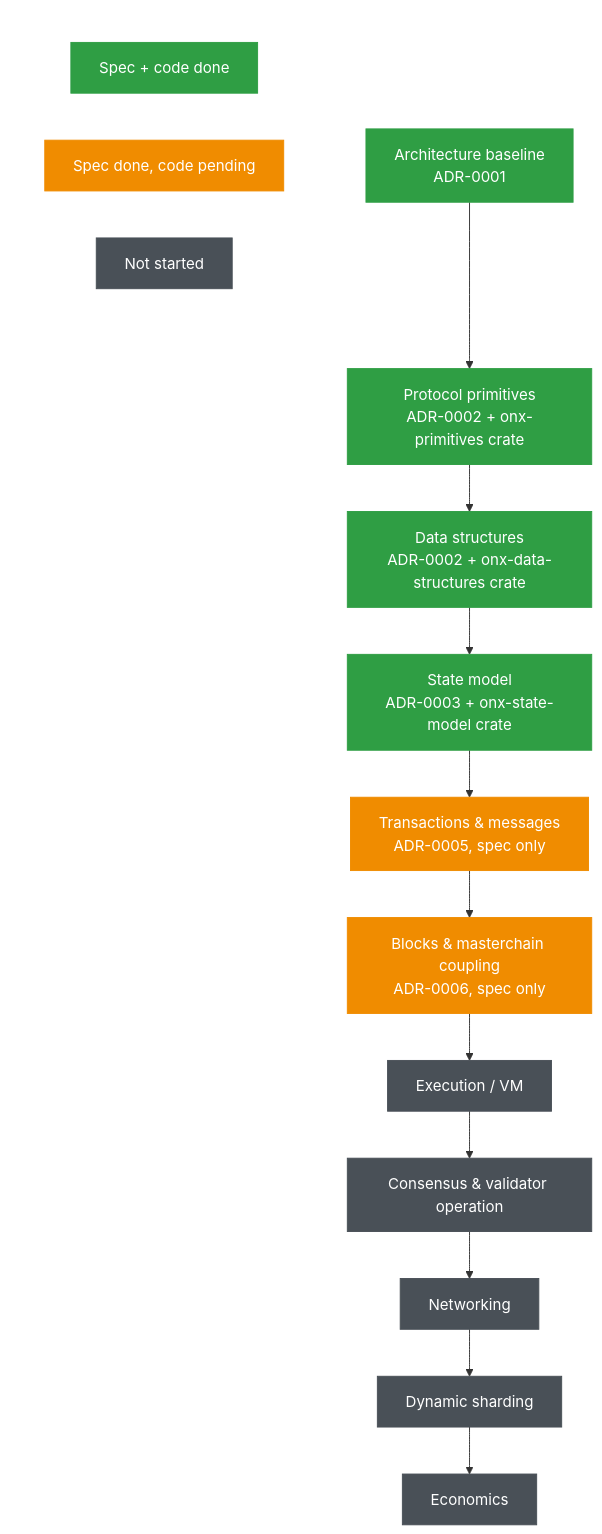
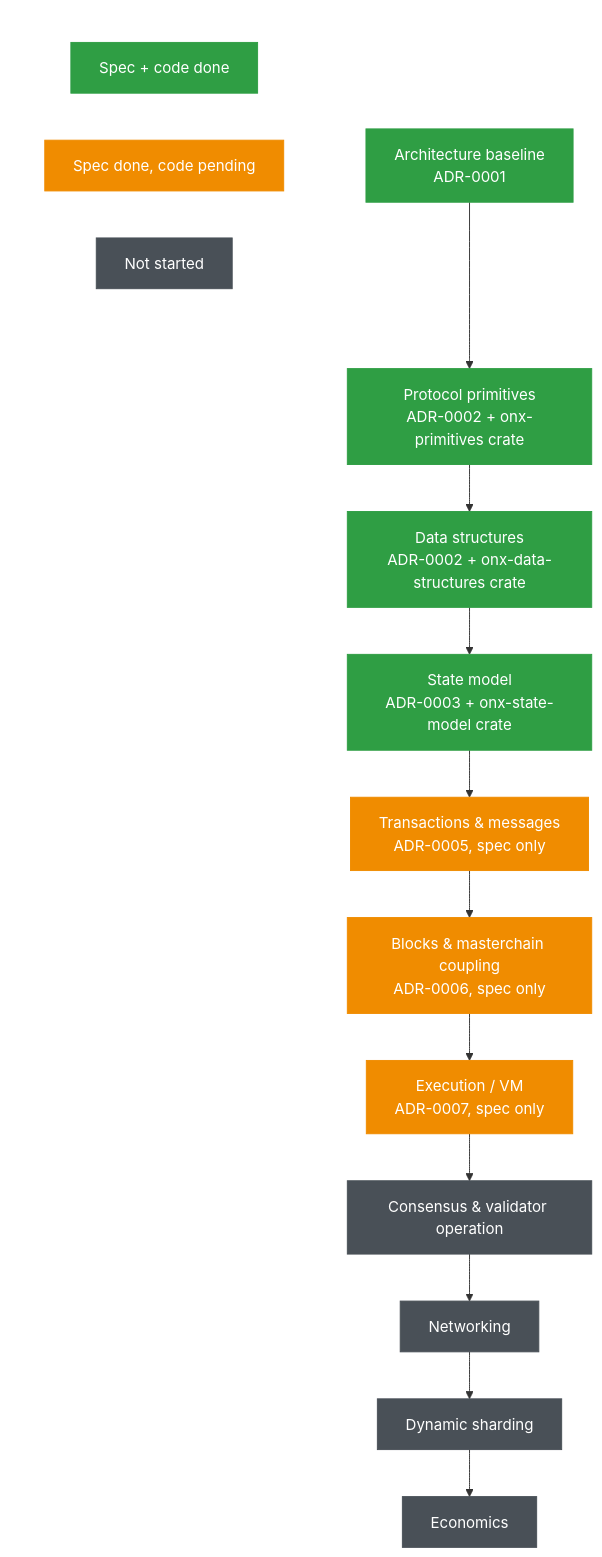
Before and after one commit to polkkimono-svg/The-Open-Network-X: the diagram in README.md, drawn with Mermaid. The commit also changed other lines of this file and 4 other files, not shown here.

First line of the commit message:
Add Execution (VM) specification and ADR-0007

````diff
--- a/README.md
+++ b/README.md
@@ -97,28 +98,28 @@
 ```mermaid
 flowchart TD
     subgraph Legend[" "]
         direction LR
         L1["Spec + code done"]:::done
         L2["Spec done, code pending"]:::specOnly
         L3["Not started"]:::todo
     end
 
     A["Architecture baseline<br/>ADR-0001"]:::done
     B["Protocol primitives<br/>ADR-0002 + onx-primitives crate"]:::done
     C["Data structures<br/>ADR-0002 + onx-data-structures crate"]:::done
     D["State model<br/>ADR-0003 + onx-state-model crate"]:::done
     E["Transactions & messages<br/>ADR-0005, spec only"]:::specOnly
     F["Blocks & masterchain coupling<br/>ADR-0006, spec only"]:::specOnly
-    G["Execution / VM"]:::todo
+    G["Execution / VM<br/>ADR-0007, spec only"]:::specOnly
     H["Consensus & validator operation"]:::todo
     I["Networking"]:::todo
     J["Dynamic sharding"]:::todo
     K["Economics"]:::todo
 
     A --> B --> C --> D --> E --> F --> G --> H --> I --> J --> K
 
     classDef done fill:#2f9e44,stroke:#2f9e44,color:#fff
     classDef specOnly fill:#f08c00,stroke:#f08c00,color:#fff
     classDef todo fill:#495057,stroke:#495057,color:#fff
     style Legend fill:transparent,stroke:transparent
 ```
````
